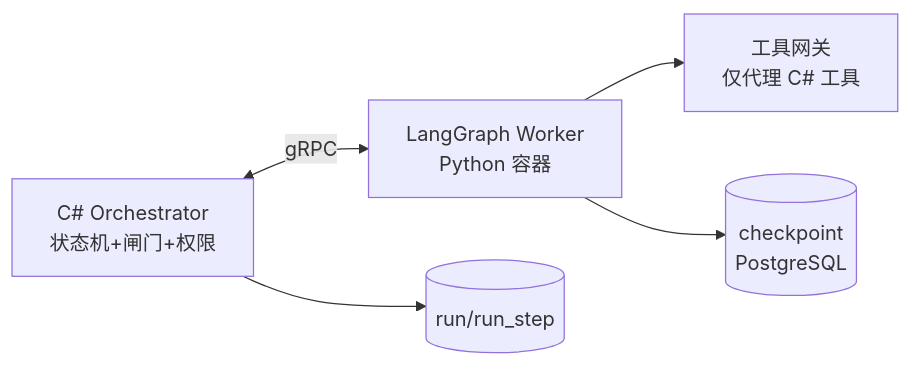
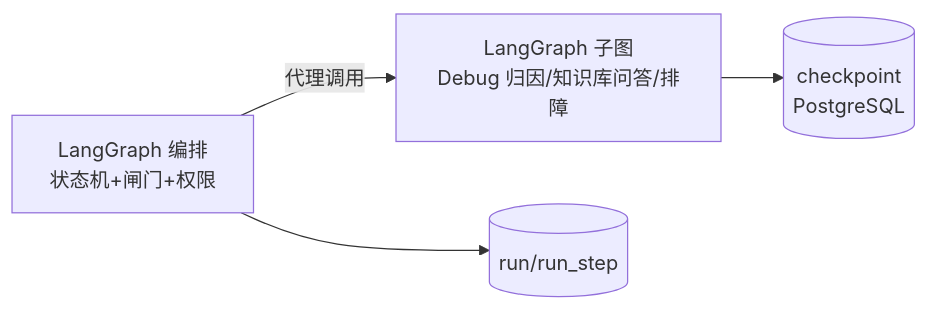
Before and after one commit to smart-open/NeuroAxis: the second of 2 diagrams in docs/chapters/19_rag-agent-framework.md, drawn with Mermaid. The commit also changed other lines of this file and 31 other files, not shown here.

````diff
--- a/docs/chapters/19_rag-agent-framework.md
+++ b/docs/chapters/19_rag-agent-framework.md
@@ -76,7 +88,8 @@
 ```mermaid
 flowchart LR
-  ORCH[C# Orchestrator\n状态机+闸门+权限] <-->|gRPC| LG[LangGraph Worker\nPython 容器]
-  LG --> TOOLS2[工具网关\n仅代理 C# 工具]
+  ORCH[LangGraph 编排\n状态机+闸门+权限] -->|代理调用| LG[LangGraph 子图
+Debug 归因/知识库问答/排障]
+  
   LG --> CKPT[(checkpoint\nPostgreSQL)]
   ORCH --> DB2[(run/run_step)]
 ```
````
